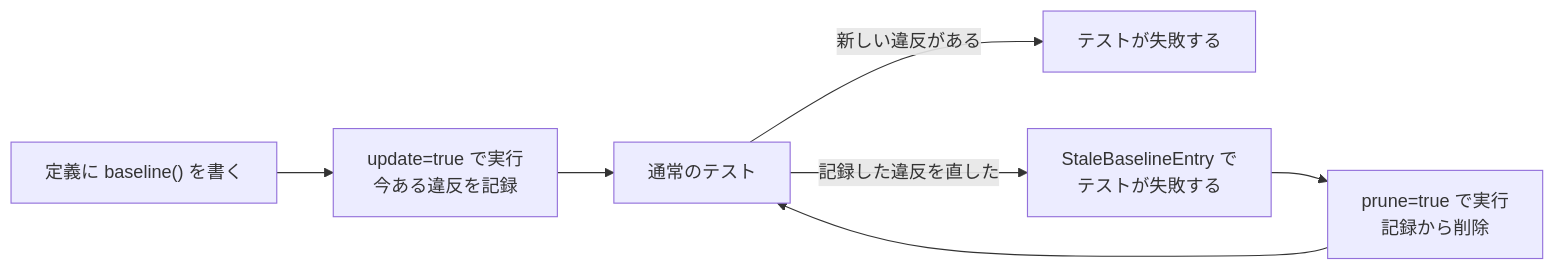
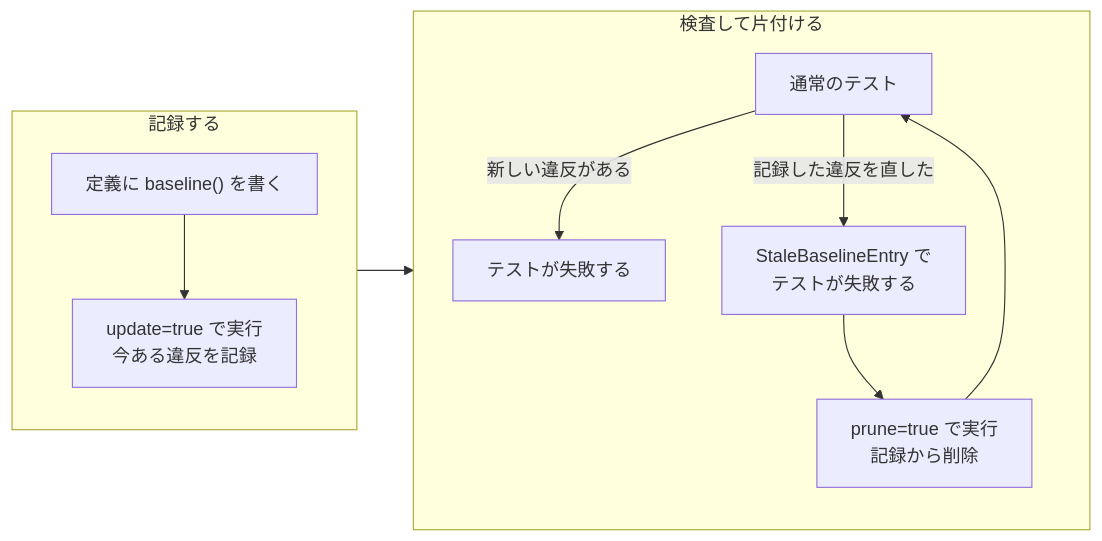
One commit to TBSten/katachi changed the diagram in docs/src/content/docs/ja/guides/baseline.mdx. Above: the diagram before and after it, drawn with Mermaid. The commit also changed other lines of this file and 1 other file, not shown here.

Commit message:
docs(guide): Baseline の流れの図を 2 つのまとまりに分け、手順 2 のコードを畳まないようにする（KATACHI-374）
Review で「直してもらう」になった指摘（Feedback 261113-003・004）。

- 図 1: 横 1 列の 6 ノードを「記録する」「検査して片付ける」の 2 つのまとまりに分ける（利用者の指定。図の幅 1377px → 969px）
- 手順 2 のコードブロックに nocollapse を付け、直前の文が指す baselineFile() の定義が初めから見えるようにする
- 英語の訳を追従

````diff
--- a/docs/src/content/docs/ja/guides/baseline.mdx
+++ b/docs/src/content/docs/ja/guides/baseline.mdx
@@ -20,9 +20,16 @@
 ```mermaid
 flowchart LR
-    Def["定義に baseline() を書く"] --> Update["update=true で実行<br/>今ある違反を記録"]
-    Update --> Check["通常のテスト"]
-    Check -->|新しい違反がある| Fail1["テストが失敗する"]
-    Check -->|記録した違反を直した| Fail2["StaleBaselineEntry で<br/>テストが失敗する"]
-    Fail2 --> Prune["prune=true で実行<br/>記録から削除"]
-    Prune --> Check
+    subgraph setup["記録する"]
+        direction TB
+        Def["定義に baseline() を書く"] --> Update["update=true で実行<br/>今ある違反を記録"]
+    end
+    subgraph loop["検査して片付ける"]
+        direction TB
+        Check["通常のテスト"]
+        Check -->|新しい違反がある| Fail1["テストが失敗する"]
+        Check -->|記録した違反を直した| Fail2["StaleBaselineEntry で<br/>テストが失敗する"]
+        Fail2 --> Prune["prune=true で実行<br/>記録から削除"]
+        Prune --> Check
+    end
+    setup --> loop
 ```
````
